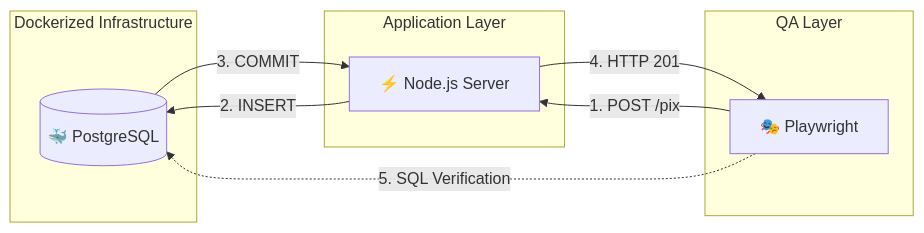
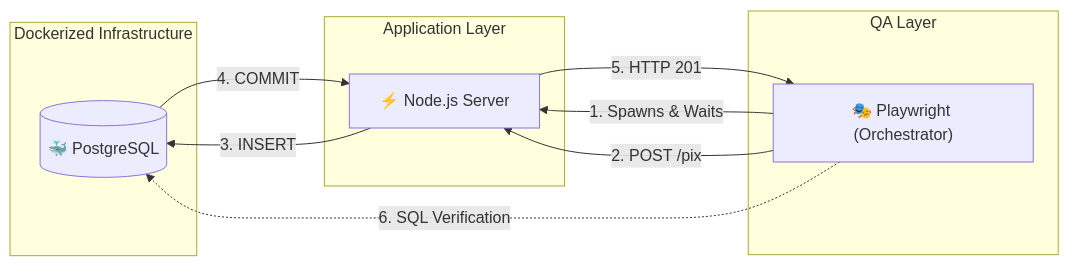
One commit to miottto/vertex-qa-challenge changed the diagram in README.md. Above: the diagram before and after it, drawn with Mermaid. The commit also changed other lines of this file, not shown here.

````diff
--- a/README.md
+++ b/README.md
@@ -43,22 +49,23 @@
 ```mermaid
 graph LR
     subgraph DockerEnv [Dockerized Infrastructure]
         DB[("🐳 PostgreSQL")]
     end
 
     subgraph AppLayer [Application Layer]
         API["⚡ Node.js Server"]
     end
 
     subgraph QALayer [QA Layer]
-        PW["🎭 Playwright"]
+        PW["🎭 Playwright (Orchestrator)"]
     end
 
-    PW --> |"1. POST /pix"| API
-    API --> |"2. INSERT"| DB
-    DB --> |"3. COMMIT"| API
-    API --> |"4. HTTP 201"| PW
+    PW --> |"1. Spawns & Waits"| API
+    PW --> |"2. POST /pix"| API
+    API --> |"3. INSERT"| DB
+    DB --> |"4. COMMIT"| API
+    API --> |"5. HTTP 201"| PW
     
     %% Engineering Merit (Dotted Line):
-    PW -.-> |"5. SQL Verification"| DB
+    PW -.-> |"6. SQL Verification"| DB
 ```
````
